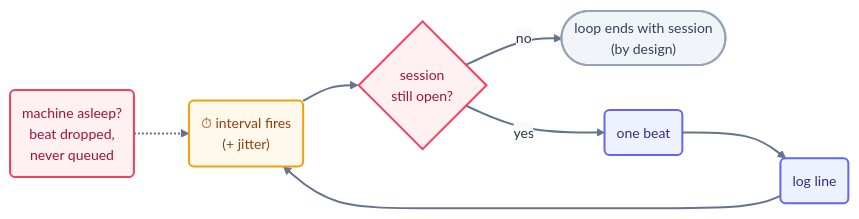
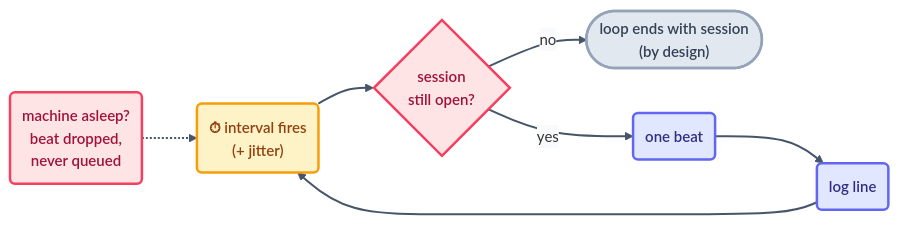
One commit to ayeshakhalid192007-dev/LoopEngineering-CrashCourse changed the diagram in docs/04-part-2-heartbeat/04-in-session-loops.md. Above: the diagram before and after it, drawn with Mermaid. The commit also changed 66 other files, not shown here.

First line of the commit message:
docs(diagrams): visibly bolder pass — deeper fills, heavier strokes, semibold labels

````diff
--- a/docs/04-part-2-heartbeat/04-in-session-loops.md
+++ b/docs/04-part-2-heartbeat/04-in-session-loops.md
@@ -37,13 +37,13 @@
 ```mermaid
-%%{init: {'theme':'base','themeVariables':{'fontFamily':'ui-sans-serif, system-ui, sans-serif','fontSize':'14px','lineColor':'#64748b','edgeLabelBackground':'#f8fafc'},'flowchart':{'curve':'basis','nodeSpacing':45,'rankSpacing':55,'padding':12}}}%%
+%%{init: {'theme':'base','themeVariables':{'fontFamily':'ui-sans-serif, system-ui, sans-serif','fontSize':'15px','lineColor':'#475569','edgeLabelBackground':'#f8fafc'},'flowchart':{'curve':'basis','nodeSpacing':45,'rankSpacing':55,'padding':12}}}%%
 flowchart LR
     T("⏱ interval fires<br/>(+ jitter)"):::time --> Q{"session<br/>still open?"}:::limit
     Q -->|no| DEAD(["loop ends with session<br/>(by design)"]):::stop
     Q -->|yes| B("one beat"):::beat --> LOG("log line"):::beat --> T
     MISS("machine asleep?<br/>beat dropped,<br/>never queued"):::limit -.-> T
-    linkStyle default stroke:#64748b,stroke-width:2px;
-    classDef time fill:#fef9ec,stroke:#f59e0b,stroke-width:2px,color:#92400e;
-    classDef beat fill:#eef2ff,stroke:#6366f1,stroke-width:2px,color:#312e81;
-    classDef limit fill:#fff1f2,stroke:#f43f5e,stroke-width:2px,color:#9f1239;
-    classDef stop fill:#f1f5f9,stroke:#94a3b8,stroke-width:2px,color:#334155;
+    linkStyle default stroke:#475569,stroke-width:2px;
+    classDef time fill:#fef3c7,stroke:#f59e0b,stroke-width:2.5px,color:#92400e,font-weight:600;
+    classDef beat fill:#e0e7ff,stroke:#6366f1,stroke-width:2.5px,color:#312e81,font-weight:600;
+    classDef limit fill:#ffe4e6,stroke:#f43f5e,stroke-width:2.5px,color:#9f1239,font-weight:600;
+    classDef stop fill:#e2e8f0,stroke:#94a3b8,stroke-width:2.5px,color:#334155,font-weight:600;
 ```
````
